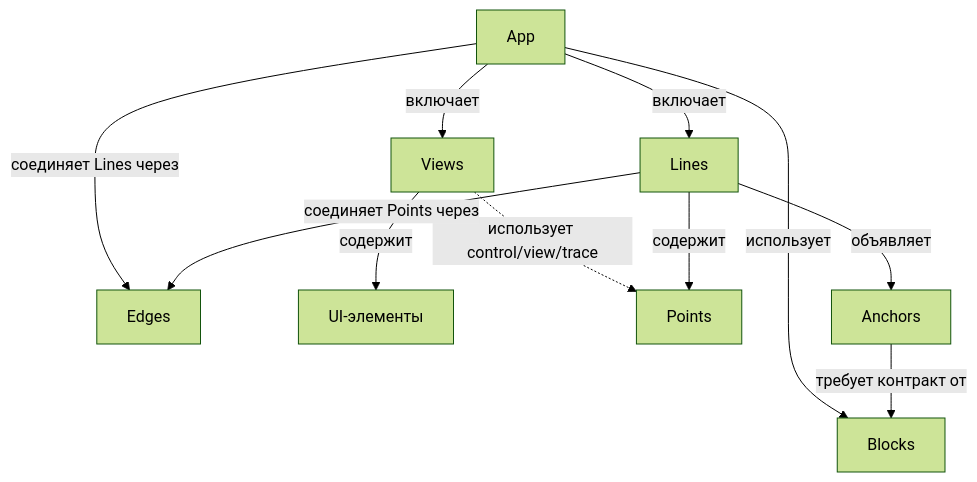
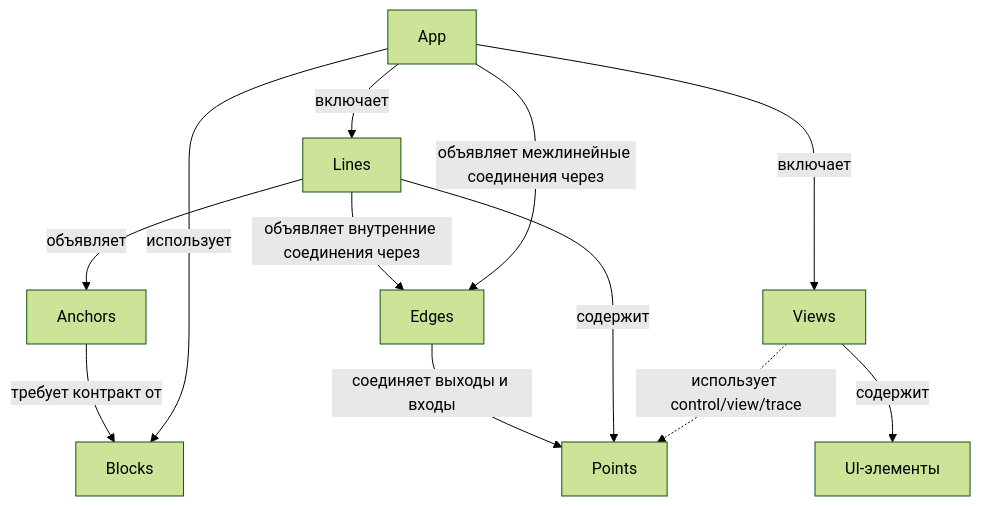
One commit to jfultr/gecko-core changed the first of 2 diagrams in docs/concepts.ru.md. Above: the diagram before and after it, drawn with Mermaid (forest theme). The commit also changed other lines of this file and 1 other file, not shown here.

Commit message:
docs: define shared App interaction and clarify Point connections

````diff
--- a/docs/concepts.ru.md
+++ b/docs/concepts.ru.md
@@ -55,13 +65,14 @@
 ```mermaid
 flowchart TB
     App[App] -->|включает| Line[Lines]
     App -->|использует| Block[Blocks]
-    App -->|соединяет Lines через| Edge[Edges]
+    App -->|объявляет межлинейные соединения через| Edge[Edges]
     App -->|включает| View[Views]
     View -->|содержит| UI[UI-элементы]
     View -.->|использует control/view/trace| Point[Points]
     Line -->|содержит| Point
-    Line -->|соединяет Points через| Edge
+    Line -->|объявляет внутренние соединения через| Edge
+    Edge -->|соединяет выходы и входы| Point
     Line -->|объявляет| Anchor[Anchors]
     Anchor -->|требует контракт от| Block
 ```
````
